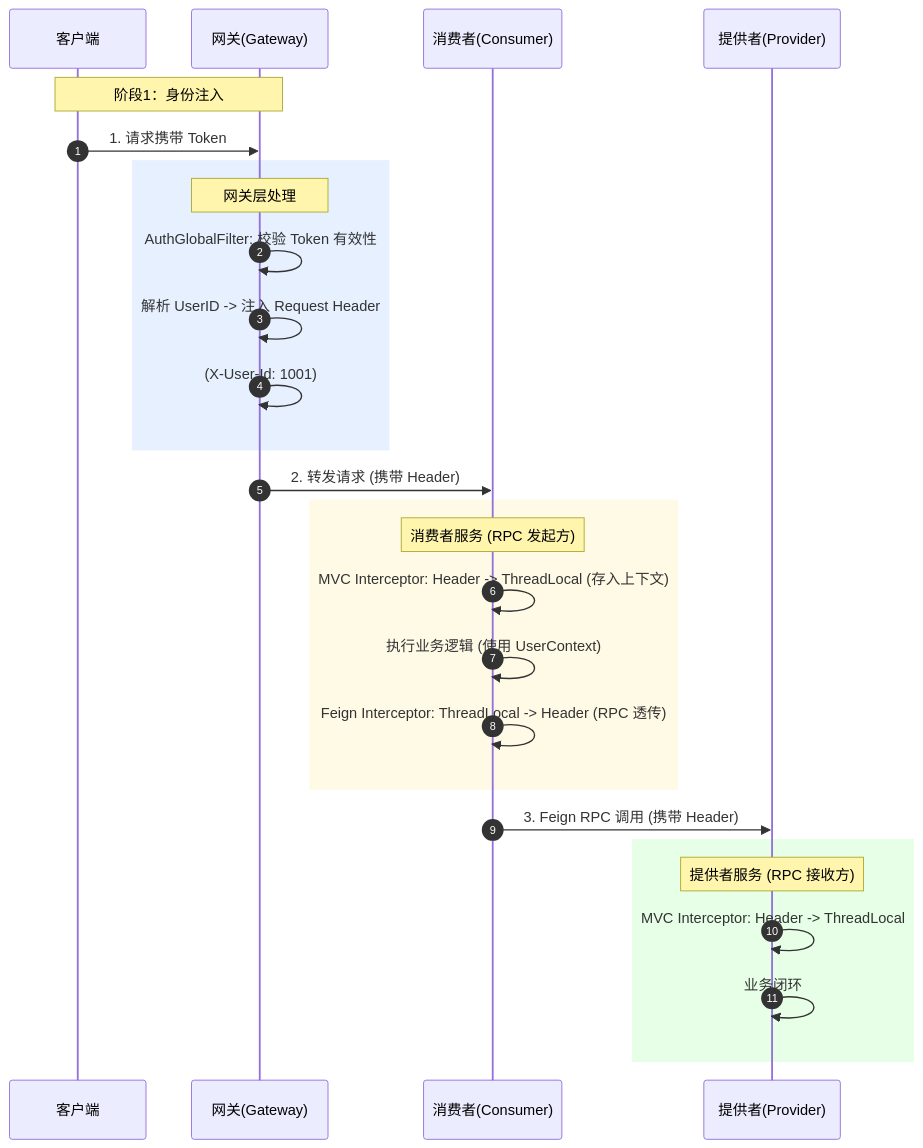
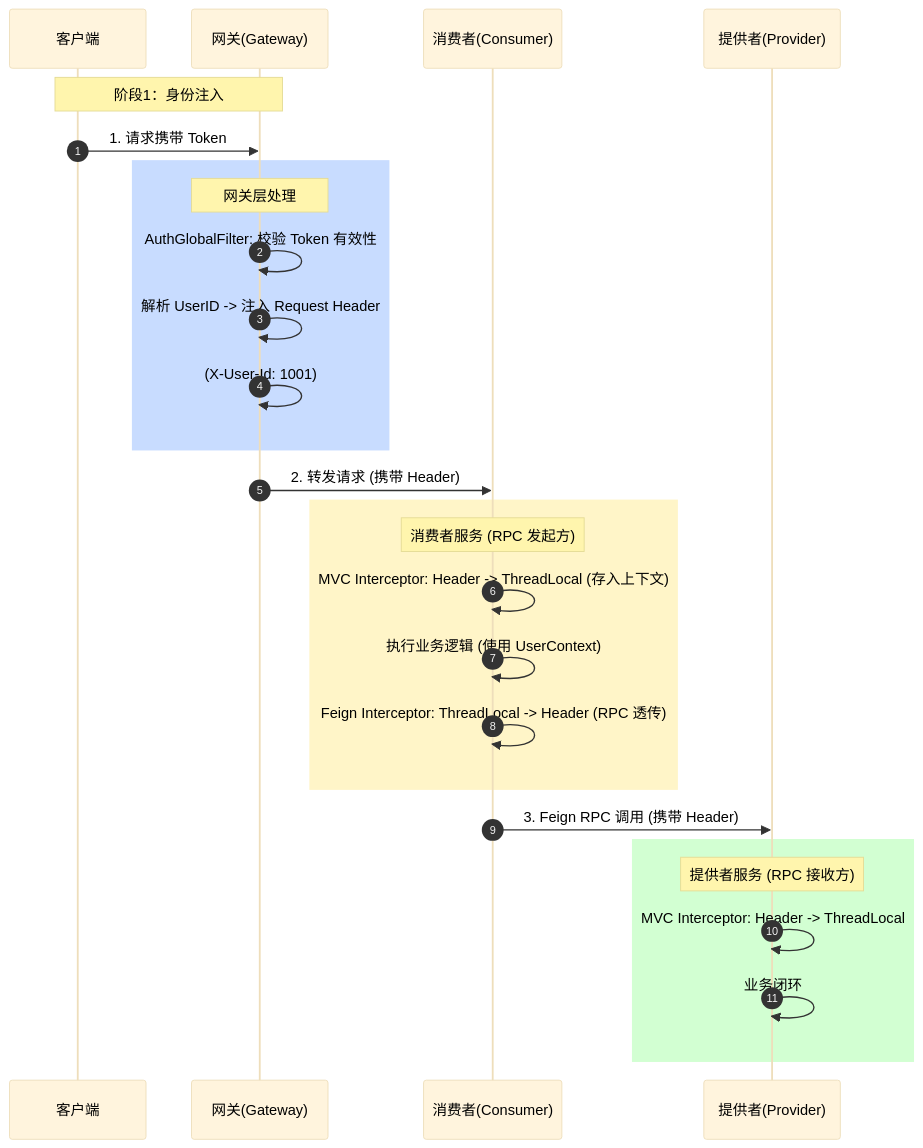
The second of 3 diagrams in README.md (RCPawn/api-gateway), drawn with Mermaid before and after one commit.

Commit message:
docs: 重构项目文档，新增系统架构图与核心特性说明

````diff
--- a/README.md
+++ b/README.md
@@ -130,35 +130,40 @@
 ```mermaid
+%%{init: {'theme': 'base', 'themeVariables': { 'noteTextColor': '#000000', 'actorTextColor': '#000000', 'signalTextColor': '#000000'}}}%%
 sequenceDiagram
     autonumber
+%% 强制参与者名字为黑色
     participant Client as 客户端
     participant Gateway as 网关(Gateway)
     participant Consumer as 消费者(Consumer)
     participant Provider as 提供者(Provider)
 
     Note over Client, Gateway: 阶段1：身份注入
     Client->>Gateway: 1. 请求携带 Token
 
-    rect rgb(230, 240, 255)
-    Note over Gateway: 网关层处理
-    Gateway->>Gateway: AuthGlobalFilter: 校验 Token 有效性
-    Gateway->>Gateway: 解析 UserID -> 注入 Request Header
-    Gateway->>Gateway: (X-User-Id: 1001)
+%% 蓝色背景块，颜色稍微加深一点，让白色/黑色字更明显
+    rect rgb(200, 220, 255)
+        Note over Gateway: 网关层处理
+        Gateway->>Gateway: AuthGlobalFilter: 校验 Token 有效性
+        Gateway->>Gateway: 解析 UserID -> 注入 Request Header
+        Gateway->>Gateway: (X-User-Id: 1001)
     end
 
     Gateway->>Consumer: 2. 转发请求 (携带 Header)
 
-    rect rgb(255, 250, 230)
-    Note over Consumer: 消费者服务 (RPC 发起方)
-    Consumer->>Consumer: MVC Interceptor: Header -> ThreadLocal (存入上下文)
-    Consumer->>Consumer: 执行业务逻辑 (使用 UserContext)
-    Consumer->>Consumer: Feign Interceptor: ThreadLocal -> Header (RPC 透传)
+%% 黄色背景块
+    rect rgb(255, 245, 200)
+        Note over Consumer: 消费者服务 (RPC 发起方)
+        Consumer->>Consumer: MVC Interceptor: Header -> ThreadLocal (存入上下文)
+        Consumer->>Consumer: 执行业务逻辑 (使用 UserContext)
+        Consumer->>Consumer: Feign Interceptor: ThreadLocal -> Header (RPC 透传)
     end
 
     Consumer->>Provider: 3. Feign RPC 调用 (携带 Header)
 
-    rect rgb(230, 255, 230)
-    Note over Provider: 提供者服务 (RPC 接收方)
-    Provider->>Provider: MVC Interceptor: Header -> ThreadLocal
-    Provider->>Provider: 业务闭环
+%% 绿色背景块
+    rect rgb(210, 255, 210)
+        Note over Provider: 提供者服务 (RPC 接收方)
+        Provider->>Provider: MVC Interceptor: Header -> ThreadLocal
+        Provider->>Provider: 业务闭环
     end
 ```
````
